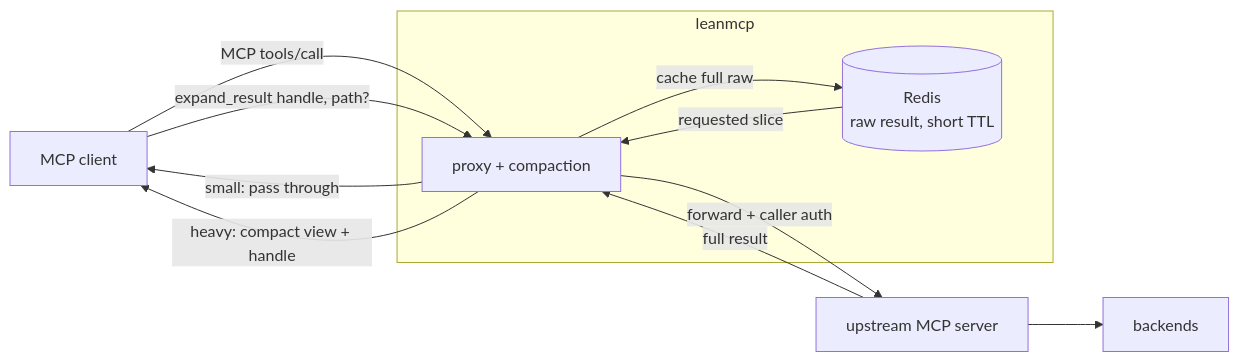
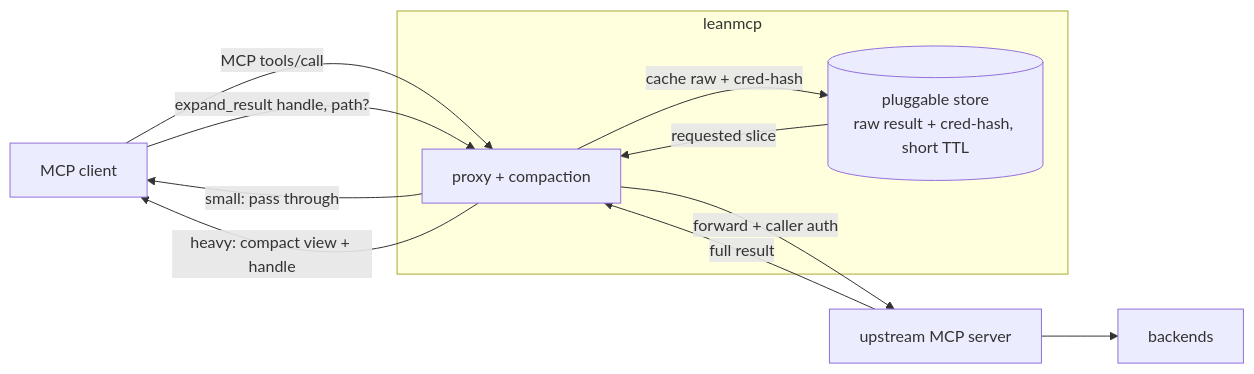
The first of 2 diagrams in docs/design/2026-06-21-leanmcp-design.md (mayur-tolexo/leanmcp), drawn with Mermaid before and after one commit. The commit also changed other lines of this file and 3 other files, not shown here.

First line of the commit message:
docs: replace verifier with credential-hash handle binding; make store pluggable

````diff
--- a/docs/design/2026-06-21-leanmcp-design.md
+++ b/docs/design/2026-06-21-leanmcp-design.md
@@ -41,20 +46,20 @@
 ```mermaid
 flowchart LR
     Client["MCP client"]
     subgraph leanmcp
         Proxy["proxy + compaction"]
-        Redis[("Redis<br/>raw result, short TTL")]
+        Store[("pluggable store<br/>raw result + cred-hash, short TTL")]
     end
     Upstream["upstream MCP server"]
     Backends["backends"]
 
     Client -->|MCP tools/call| Proxy
     Proxy -->|forward + caller auth| Upstream
     Upstream --> Backends
     Upstream -->|full result| Proxy
     Proxy -->|small: pass through| Client
     Proxy -->|heavy: compact view + handle| Client
-    Proxy -->|cache full raw| Redis
+    Proxy -->|cache raw + cred-hash| Store
     Client -->|expand_result handle, path?| Proxy
-    Redis -->|requested slice| Proxy
+    Store -->|requested slice| Proxy
 ```
````
